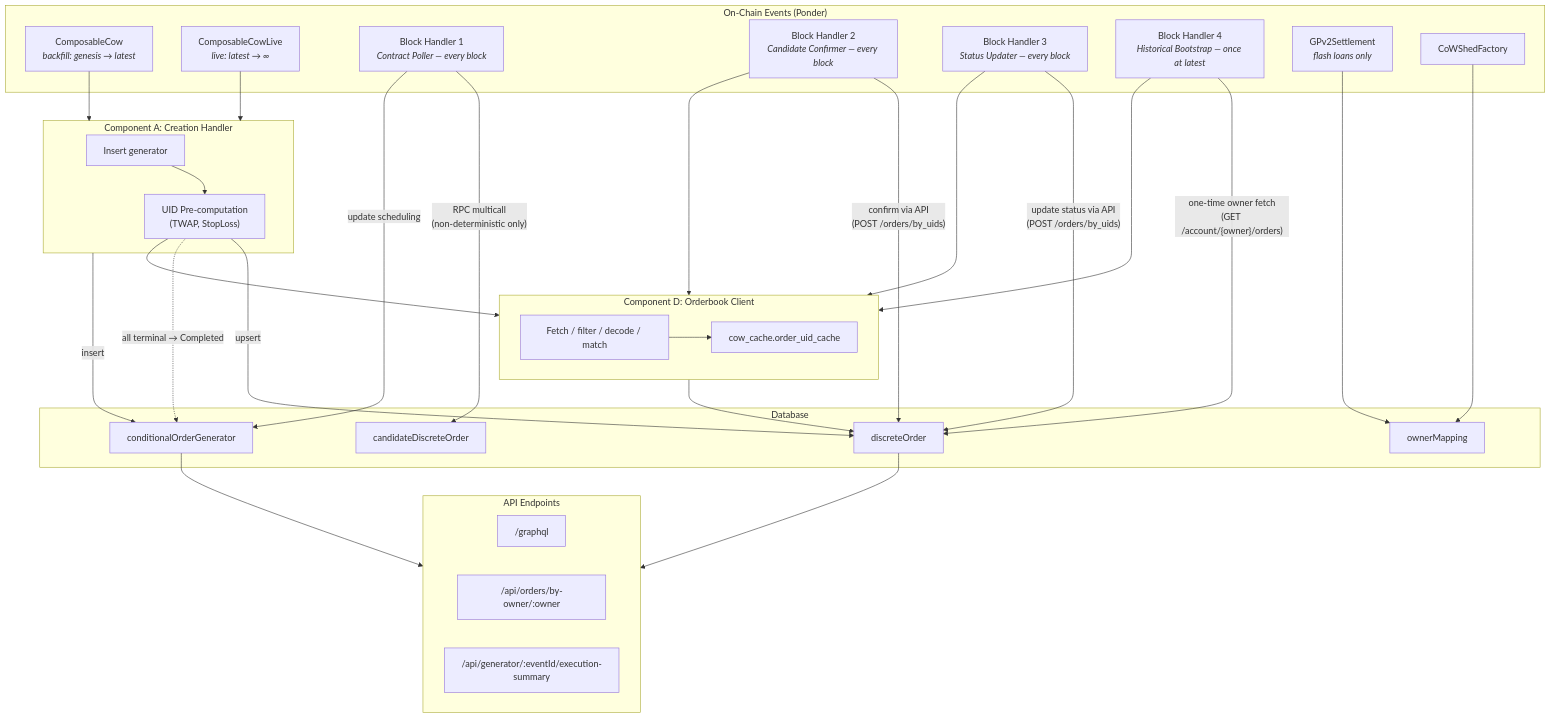
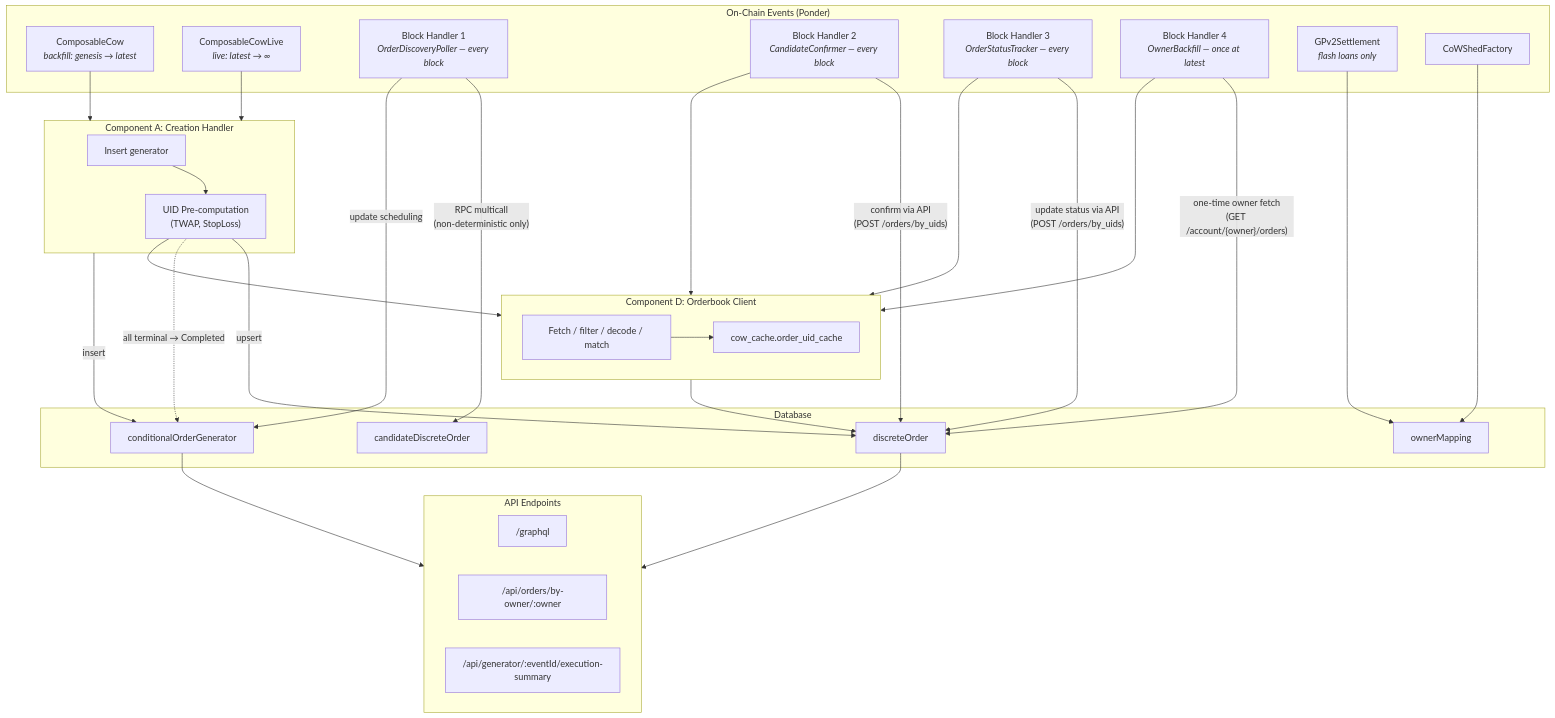
One commit to bleu/cow-programmatic-orders-api changed the first of 7 diagrams in agent_docs/m3-orderbook-integration-flow.md. Above: the diagram before and after it, drawn with Mermaid. The commit also changed other lines of this file and 12 other files, not shown here.

````diff
--- a/agent_docs/m3-orderbook-integration-flow.md
+++ b/agent_docs/m3-orderbook-integration-flow.md
@@ -380,60 +380,60 @@
 ```mermaid
 flowchart TB
     subgraph OnChain["On-Chain Events (Ponder)"]
         CC["ComposableCow<br/><i>backfill: genesis → latest</i>"]
         CCL["ComposableCowLive<br/><i>live: latest → ∞</i>"]
-        BH1["Block Handler 1<br/><i>Contract Poller — every block</i>"]
-        BH2["Block Handler 2<br/><i>Candidate Confirmer — every block</i>"]
-        BH3["Block Handler 3<br/><i>Status Updater — every block</i>"]
-        BH4["Block Handler 4<br/><i>Historical Bootstrap — once at latest</i>"]
+        BH1["Block Handler 1<br/><i>OrderDiscoveryPoller — every block</i>"]
+        BH2["Block Handler 2<br/><i>CandidateConfirmer — every block</i>"]
+        BH3["Block Handler 3<br/><i>OrderStatusTracker — every block</i>"]
+        BH4["Block Handler 4<br/><i>OwnerBackfill — once at latest</i>"]
         GPV["GPv2Settlement<br/><i>flash loans only</i>"]
         CSF["CoWShedFactory"]
     end
 
     subgraph CompA["Component A: Creation Handler"]
         AH["Insert generator"]
         AB["UID Pre-computation<br/>(TWAP, StopLoss)"]
         AH --> AB
     end
 
     subgraph CompD["Component D: Orderbook Client"]
         DFetch["Fetch / filter / decode / match"]
         DCache["cow_cache.order_uid_cache"]
         DFetch --> DCache
     end
 
     subgraph DB["Database"]
         Gen["conditionalOrderGenerator"]
         Cand["candidateDiscreteOrder"]
         Disc["discreteOrder"]
         OMap["ownerMapping"]
     end
 
     subgraph CompE["API Endpoints"]
         EGql["/graphql"]
         EOwner["/api/orders/by-owner/:owner"]
         ESum["/api/generator/:eventId/execution-summary"]
     end
 
     CC & CCL --> CompA
     GPV & CSF --> OMap
 
     CompA -->|insert| Gen
     AB -->|upsert| Disc
     AB -.->|all terminal → Completed| Gen
 
     BH1 -->|"RPC multicall<br/>(non-deterministic only)"| Cand
     BH1 -->|update scheduling| Gen
     BH2 -->|"confirm via API<br/>(POST /orders/by_uids)"| Disc
     BH3 -->|"update status via API<br/>(POST /orders/by_uids)"| Disc
     BH4 -->|"one-time owner fetch<br/>(GET /account/{owner}/orders)"| Disc
 
     CompD --> Disc
     AB --> CompD
     BH2 --> CompD
     BH3 --> CompD
     BH4 --> CompD
 
     Disc --> CompE
     Gen --> CompE
 ```
````
